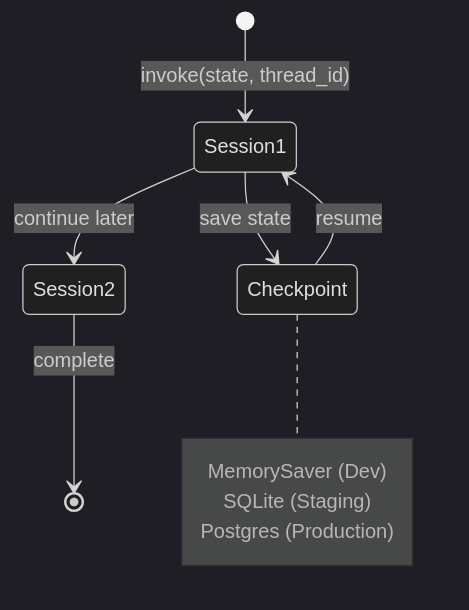
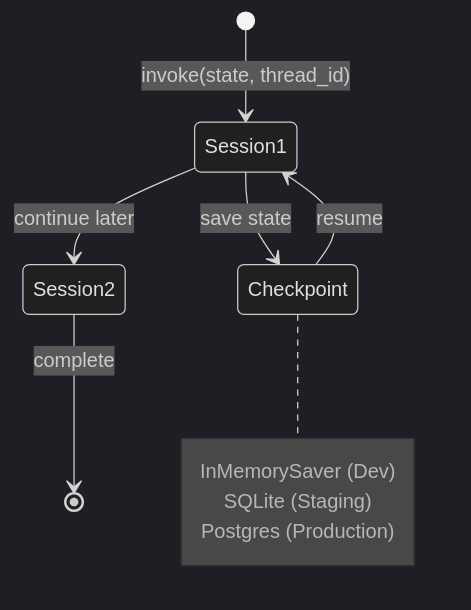
Before and after one commit to ralf-42/GenAI: the fifth of 7 diagrams in docs/06-frameworks/einsteiger-langgraph.md, drawn with Mermaid (dark theme). The commit also changed other lines of this file and 16 other files, not shown here.

````diff
--- a/docs/06-frameworks/einsteiger-langgraph.md
+++ b/docs/06-frameworks/einsteiger-langgraph.md
@@ -462,14 +462,14 @@
 ```mermaid
 stateDiagram-v2
     [*] --> Session1: invoke(state, thread_id)
     Session1 --> Checkpoint: save state
     Checkpoint --> Session1: resume
     Session1 --> Session2: continue later
     Session2 --> [*]: complete
 
     note right of Checkpoint
-        MemorySaver (Dev)
+        InMemorySaver (Dev)
         SQLite (Staging)
         Postgres (Production)
     end note
 ```
````
